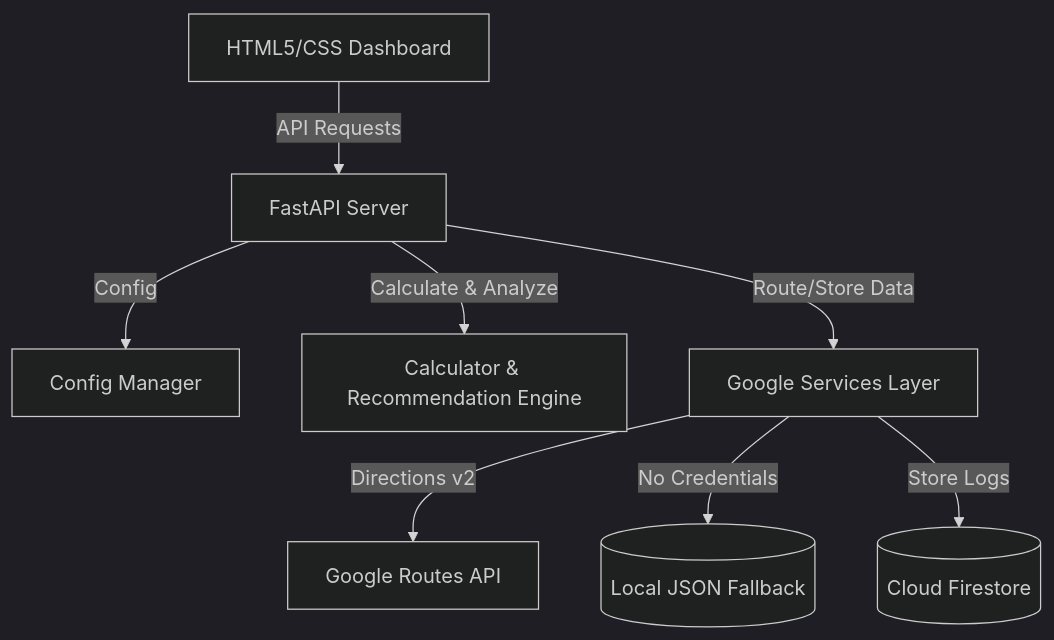
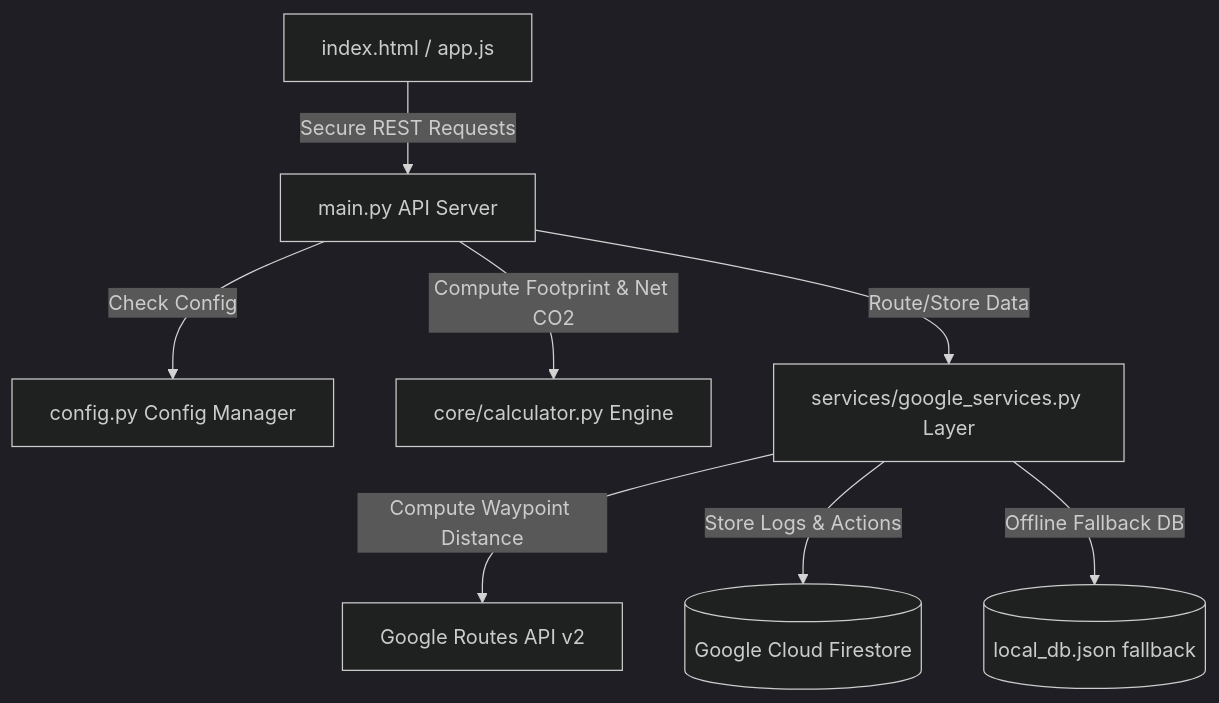
The diagram in README.md (VinayVerma325/Carbon-Footprint-Awareness-Platform), drawn with Mermaid (dark theme) before and after one commit. The commit also changed other lines of this file and 9 other files, not shown here.

````diff
--- a/README.md
+++ b/README.md
@@ -11,10 +74,10 @@
 ```mermaid
 graph TD
-    UI[HTML5/CSS Dashboard] -->|API Requests| FastAPI[FastAPI Server]
-    FastAPI -->|Config| Config[Config Manager]
-    FastAPI -->|Calculate & Analyze| Core[Calculator & Recommendation Engine]
-    FastAPI -->|Route/Store Data| Services[Google Services Layer]
-    Services -->|Directions v2| RoutesAPI[Google Routes API]
-    Services -->|No Credentials| LocalDB[(Local JSON Fallback)]
-    Services -->|Store Logs| Firestore[(Cloud Firestore)]
+    UI[index.html / app.js] -->|Secure REST Requests| FastAPI[main.py API Server]
+    FastAPI -->|Check Config| Config[config.py Config Manager]
+    FastAPI -->|Compute Footprint & Net CO2| Core[core/calculator.py Engine]
+    FastAPI -->|Route/Store Data| Services[services/google_services.py Layer]
+    Services -->|Compute Waypoint Distance| RoutesAPI[Google Routes API v2]
+    Services -->|Store Logs & Actions| Firestore[(Google Cloud Firestore)]
+    Services -->|Offline Fallback DB| LocalDB[(local_db.json fallback)]
 ```
````
